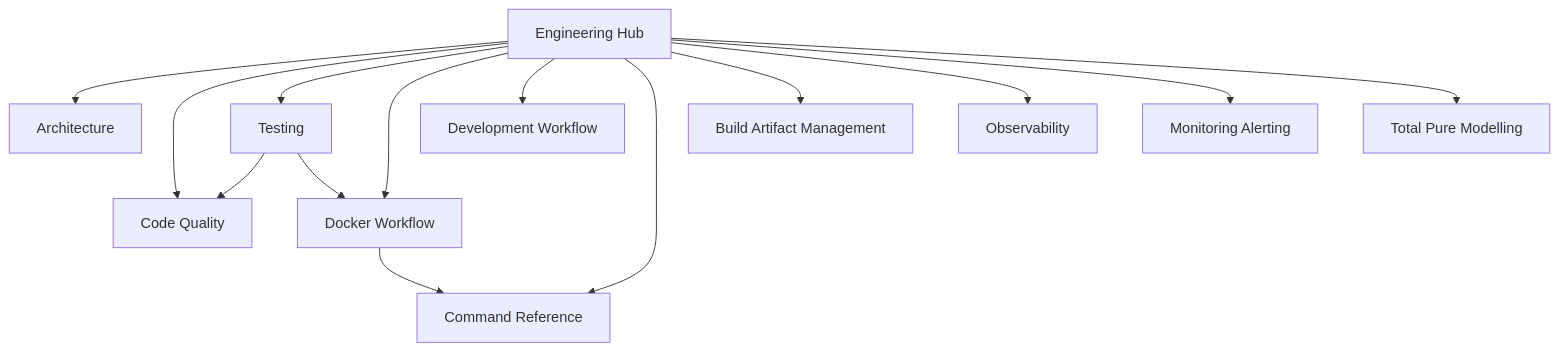
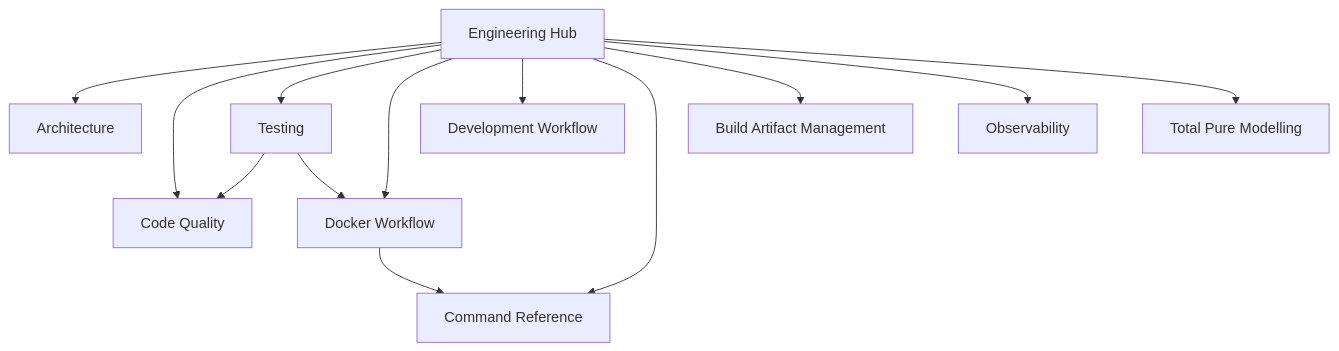
The diagram in documents/engineering/README.md (Tuee22/SpectralMC), drawn with Mermaid before and after one commit. The commit also changed other lines of this file and 11 other files, not shown here.

````diff
--- a/documents/engineering/README.md
+++ b/documents/engineering/README.md
@@ -13,28 +13,26 @@
 ```mermaid
 flowchart TB
   Hub[Engineering Hub]
   Arch[Architecture]
   CQ[Code Quality]
   Test[Testing]
   Docker[Docker Workflow]
   Dev[Development Workflow]
   Cmds[Command Reference]
   Artifacts[Build Artifact Management]
   Observability[Observability]
-  Monitoring[Monitoring Alerting]
   TPM[Total Pure Modelling]
 
   Hub --> Arch
   Hub --> CQ
   Hub --> Test
   Hub --> Docker
   Hub --> Dev
   Hub --> Cmds
   Hub --> Artifacts
   Hub --> Observability
-  Hub --> Monitoring
   Hub --> TPM
   Docker --> Cmds
   Test --> CQ
   Test --> Docker
 ```
````
